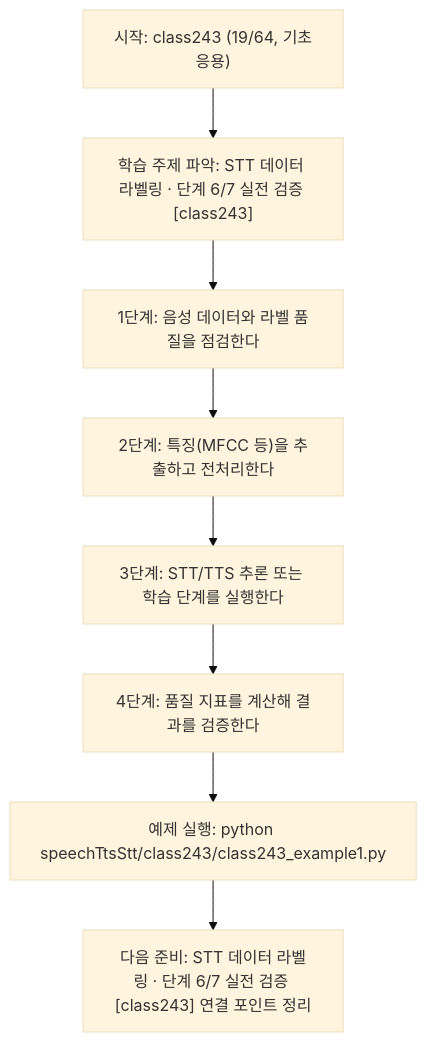
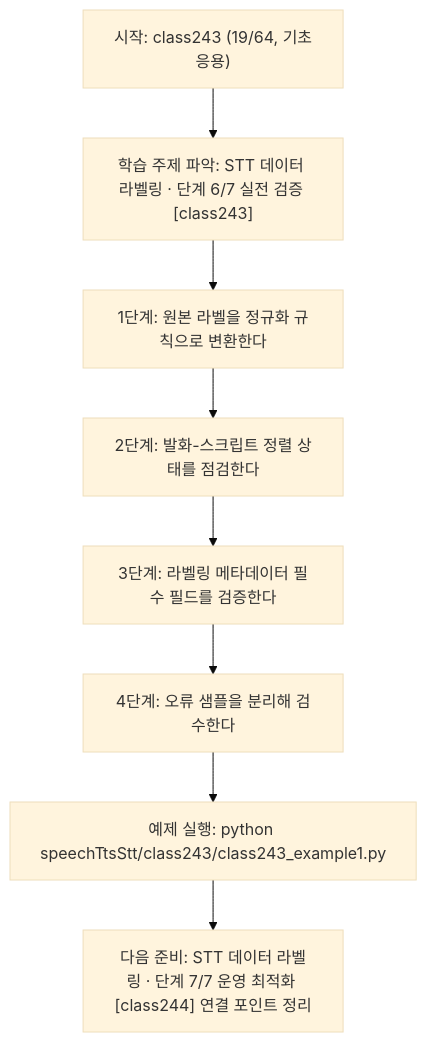
Before and after one commit to edumgt/Python-AI_Agent-Class: the diagram in speechTtsStt/class243/class243.md, drawn with Mermaid (base theme). The commit also changed other lines of this file and 1122 other files, not shown here.

````diff
--- a/speechTtsStt/class243/class243.md
+++ b/speechTtsStt/class243/class243.md
@@ -114,18 +95,18 @@
 ```mermaid
 flowchart TD
 N1["시작: class243 (19/64, 기초응용)"]
 N2["학습 주제 파악: STT 데이터 라벨링 · 단계 6/7 실전 검증 [class243]"]
-N3["1단계: 음성 데이터와 라벨 품질을 점검한다"]
-N4["2단계: 특징(MFCC 등)을 추출하고 전처리한다"]
-N5["3단계: STT/TTS 추론 또는 학습 단계를 실행한다"]
-N6["4단계: 품질 지표를 계산해 결과를 검증한다"]
+N3["1단계: 원본 라벨을 정규화 규칙으로 변환한다"]
+N4["2단계: 발화-스크립트 정렬 상태를 점검한다"]
+N5["3단계: 라벨링 메타데이터 필수 필드를 검증한다"]
+N6["4단계: 오류 샘플을 분리해 검수한다"]
 N7["예제 실행: python speechTtsStt/class243/class243_example1.py"]
-N8["다음 준비: STT 데이터 라벨링 · 단계 6/7 실전 검증 [class243] 연결 포인트 정리"]
+N8["다음 준비: STT 데이터 라벨링 · 단계 7/7 운영 최적화 [class244] 연결 포인트 정리"]
 N1 --> N2
 N2 --> N3
 N3 --> N4
 N4 --> N5
 N5 --> N6
 N6 --> N7
 N7 --> N8
 ```
````
